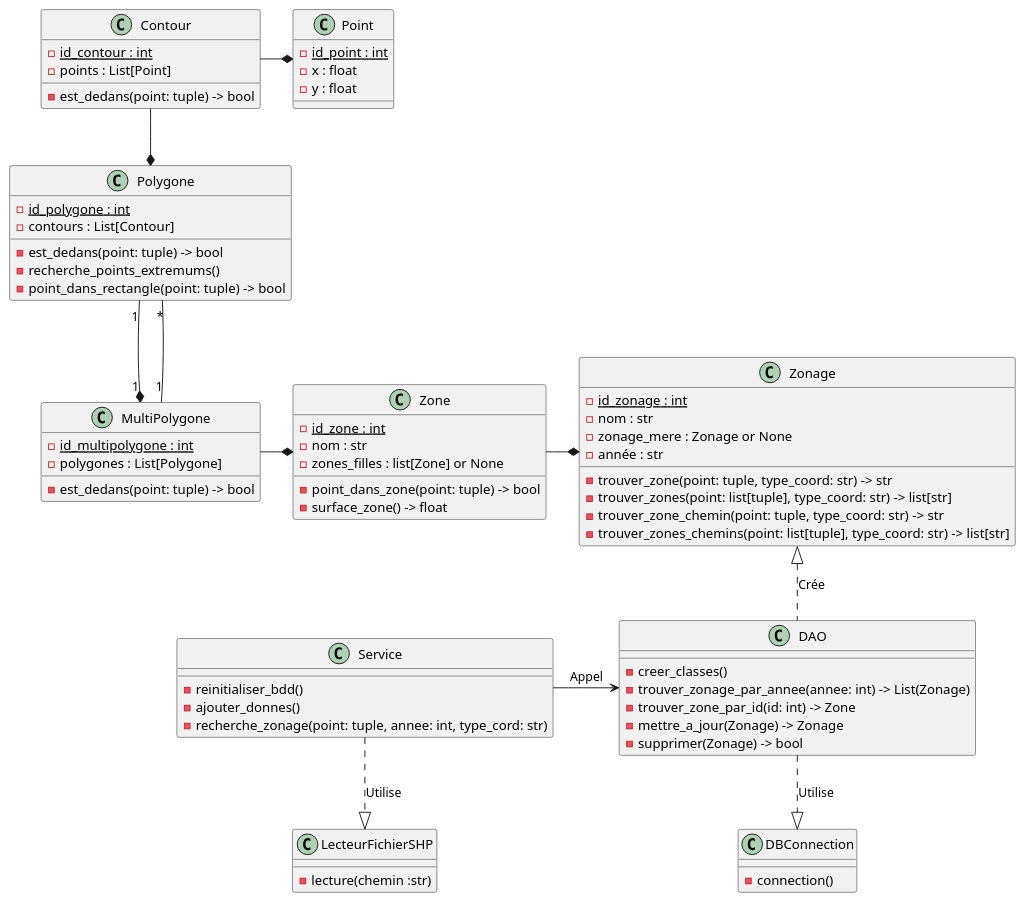
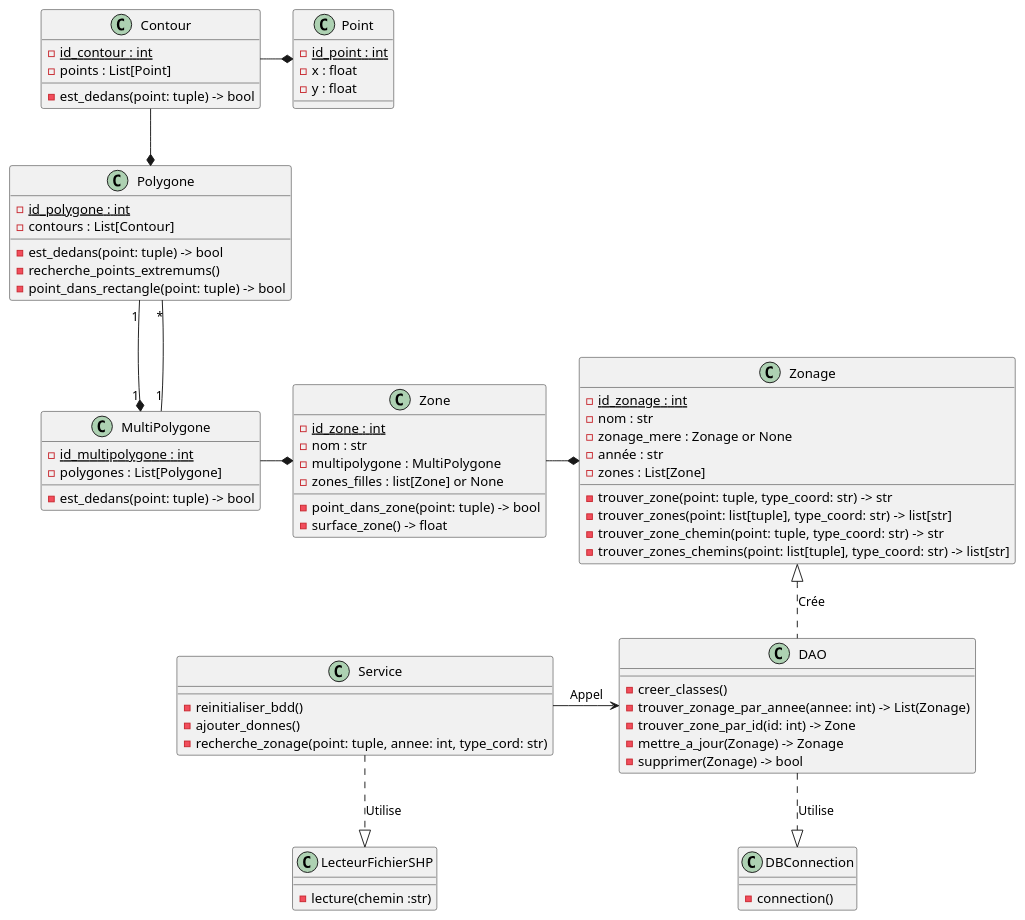
The diagram in doc/diagrammes/diagramme_classes.md (antoni-guardia/ENSAI_ProjetInfo2A), drawn with PlantUML before and after one commit. The commit also changed 1 other file, not shown here.

```diff
--- a/doc/diagrammes/diagramme_classes.md
+++ b/doc/diagrammes/diagramme_classes.md
@@ -3,6 +3,7 @@
 class Zone {
  - {Static} id_zone : int
  - nom : str
+ - multipolygone : MultiPolygone
  - zones_filles : list[Zone] or None
  - point_dans_zone(point: tuple) -> bool
  - surface_zone() -> float 
@@ -13,6 +14,7 @@
  - nom : str
  - zonage_mere : Zonage or None
  - année : str
+ - zones : List[Zone]
  - trouver_zone(point: tuple, type_coord: str) -> str
  - trouver_zones(point: list[tuple], type_coord: str) -> list[str]
  - trouver_zone_chemin(point: tuple, type_coord: str) -> str
```
